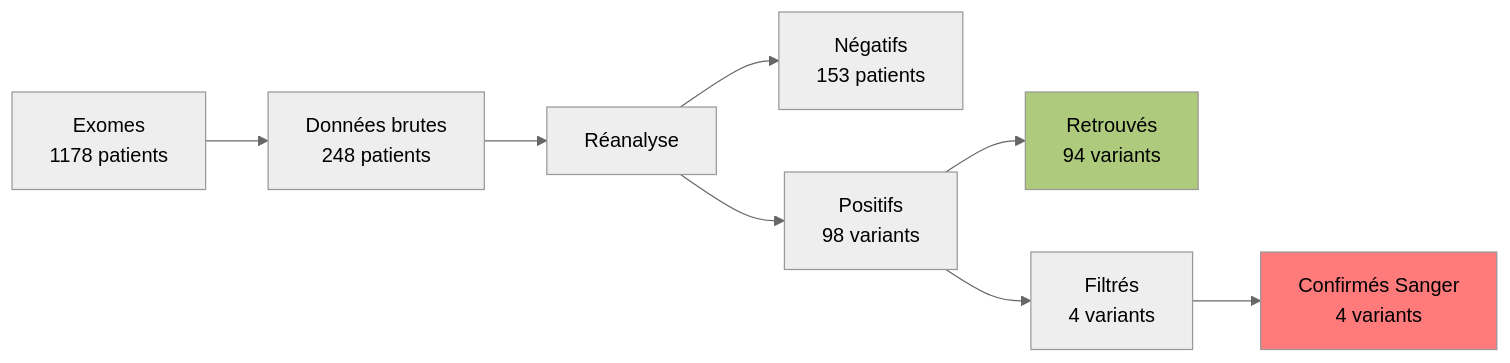
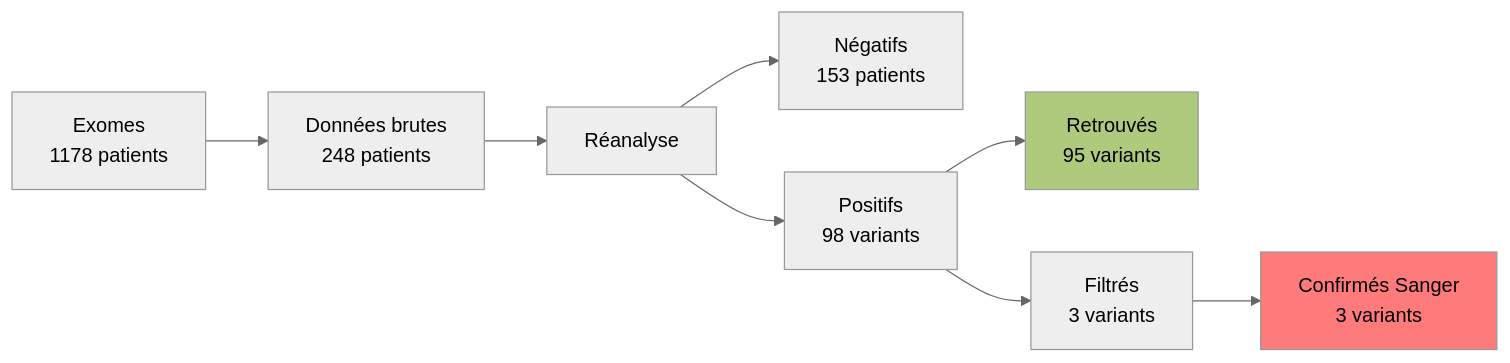
Before and after one commit to apraga/notes: the second of 2 diagrams in slides/bisonex.md, drawn with Mermaid (neutral theme). The commit also changed other lines of this file and 150 other files, not shown here.

````diff
--- a/slides/bisonex.md
+++ b/slides/bisonex.md
@@ -334,9 +334,9 @@
 ```mermaid
 flowchart LR
   A[Exomes \n 1178 patients] --> B[Données brutes \n 248 patients]
   B --> C[Réanalyse] --> D1[Négatifs \n 153 patients] & D[Positifs \n 98 variants]
-  D --> E[Retrouvés \n 94 variants] & F[Filtrés \n 4 variants] 
-  F --> G[Confirmés Sanger \n 4 variants]
+  D --> E[Retrouvés \n 95 variants] & F[Filtrés \n 3 variants] 
+  F --> G[Confirmés Sanger \n 3 variants]
   style G fill:#ff7b7b
   style E fill:#aeca7d
 ```
````
